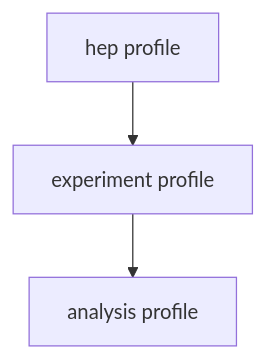
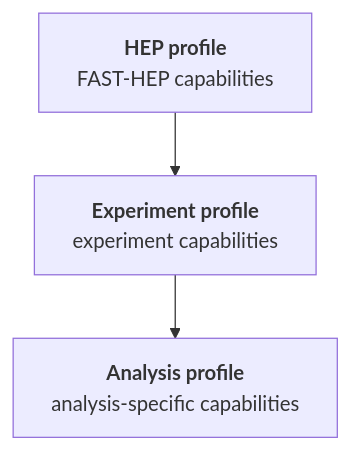
One commit to FAST-HEP/fast-hep.github.io changed the second of 3 diagrams in content/concepts/analysis-repositories.md. Above: the diagram before and after it, drawn with Mermaid. The commit also changed other lines of this file and 6 other files, not shown here.

````diff
--- a/content/concepts/analysis-repositories.md
+++ b/content/concepts/analysis-repositories.md
@@ -77,8 +82,8 @@
 ```mermaid
 flowchart TD
-    HEP["hep profile"]
-    Experiment["experiment profile"]
-    Analysis["analysis profile"]
+    HEP["<b>HEP profile</b><br/>FAST-HEP capabilities"]:::capability
+    Experiment["<b>Experiment profile</b><br/>experiment capabilities"]:::capability
+    Analysis["<b>Analysis profile</b><br/>analysis-specific capabilities"]:::capability
 
     HEP --> Experiment --> Analysis
 ```
````
